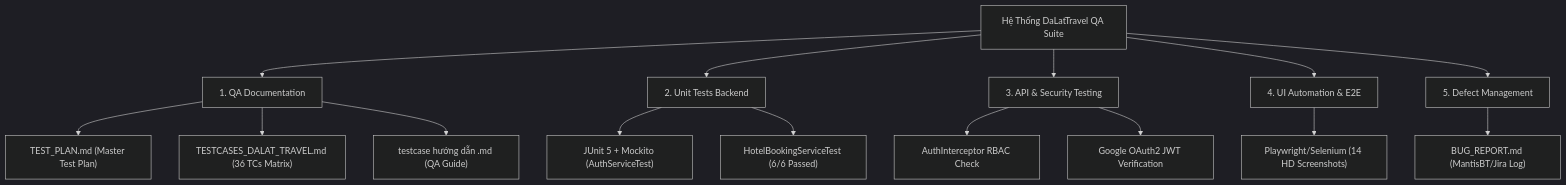
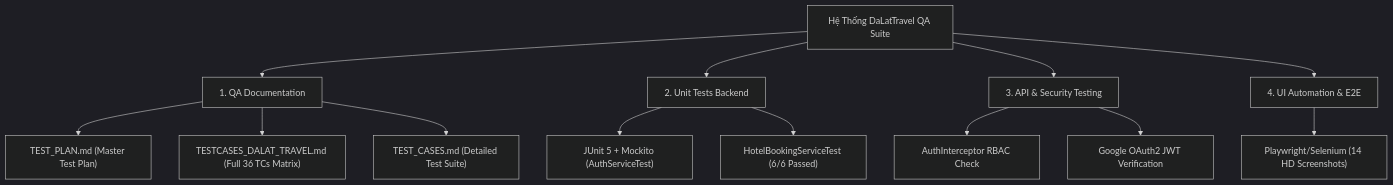
Before and after one commit to buithanhanhvu/DaLattravel: the first of 2 diagrams in README.md, drawn with Mermaid (dark theme). The commit also changed other lines of this file and 5 other files, not shown here.

Commit message:
docs: Xoa 5 file nháp/hướng dẫn cũ va cap nhat đay đu 23 bang CSDL dalattravel_db kem chu thich chi tiet trong README.md

````diff
--- a/README.md
+++ b/README.md
@@ -25,22 +25,19 @@
 ```mermaid
 flowchart TD
     A["Hệ Thống DaLatTravel QA Suite"] --> B["1. QA Documentation"]
     A --> C["2. Unit Tests Backend"]
     A --> D["3. API & Security Testing"]
     A --> E["4. UI Automation & E2E"]
-    A --> F["5. Defect Management"]
 
     B --> B1["TEST_PLAN.md (Master Test Plan)"]
-    B --> B2["TESTCASES_DALAT_TRAVEL.md (36 TCs Matrix)"]
-    B --> B3["testcase hướng dẫn .md (QA Guide)"]
+    B --> B2["TESTCASES_DALAT_TRAVEL.md (Full 36 TCs Matrix)"]
+    B --> B3["TEST_CASES.md (Detailed Test Suite)"]
 
     C --> C1["JUnit 5 + Mockito (AuthServiceTest)"]
     C --> C2["HotelBookingServiceTest (6/6 Passed)"]
 
     D --> D1["AuthInterceptor RBAC Check"]
     D --> D2["Google OAuth2 JWT Verification"]
 
     E --> E1["Playwright/Selenium (14 HD Screenshots)"]
-
-    F --> F1["BUG_REPORT.md (MantisBT/Jira Log)"]
 ```
````
